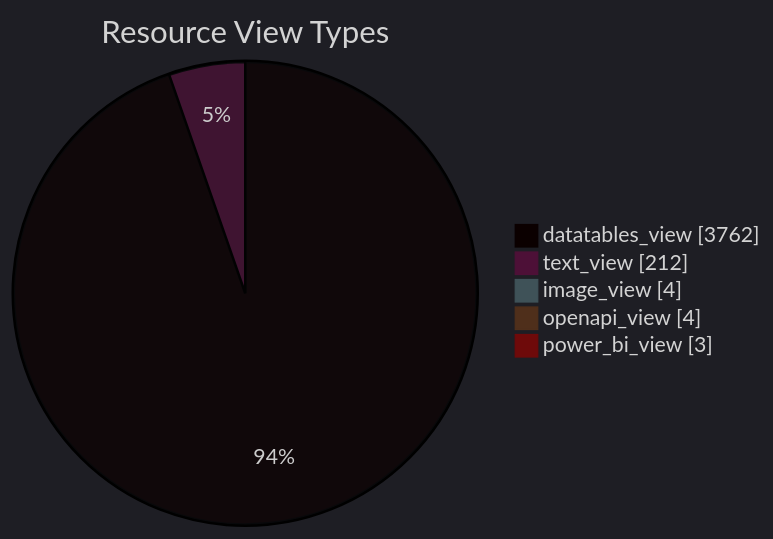
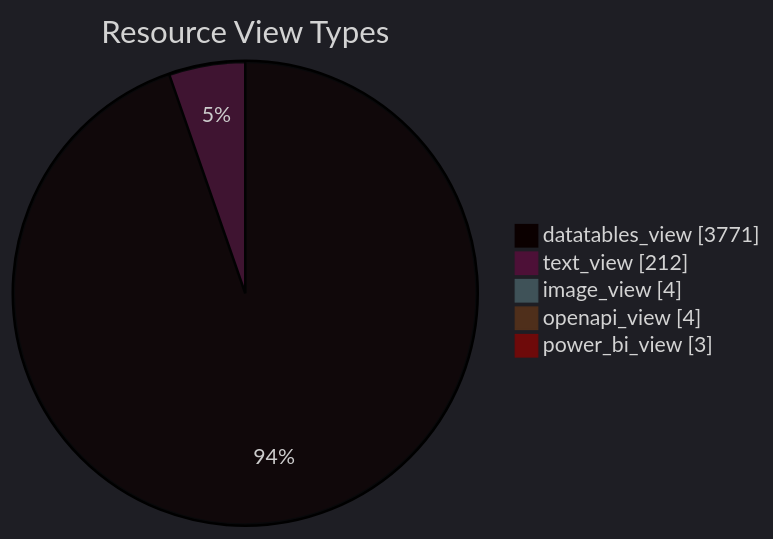
The diagram in datastore_tracker/resource_view_types_pie_chart.md (open-data/analytics-corporate-reporting), drawn with Mermaid before and after one commit. The commit also changed 11 other files, not shown here.

````diff
--- a/datastore_tracker/resource_view_types_pie_chart.md
+++ b/datastore_tracker/resource_view_types_pie_chart.md
@@ -2,12 +2,12 @@
 ```mermaid
 ---
 config:
   theme: dark
 ---
 pie showData title Resource View Types
-    "datatables_view": 3762
+    "datatables_view": 3771
     "text_view": 212
     "image_view": 4
     "openapi_view": 4
     "power_bi_view": 3
 ```
````
